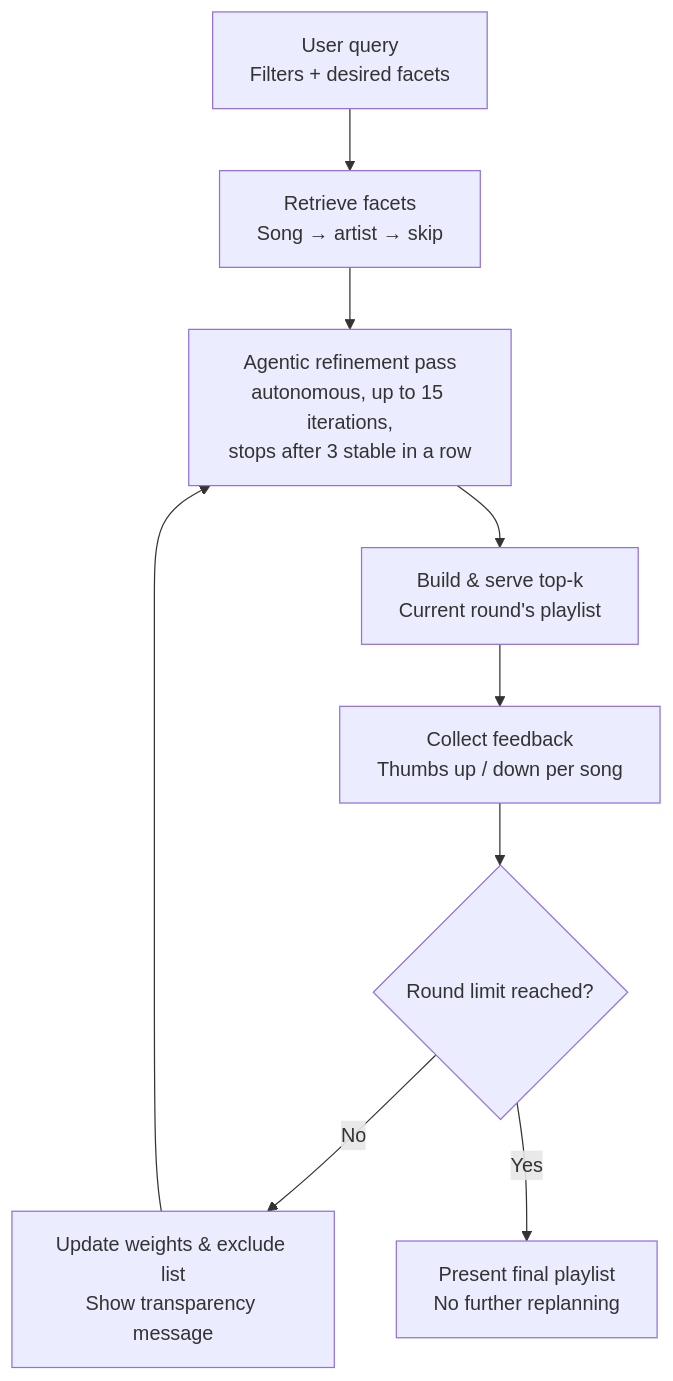
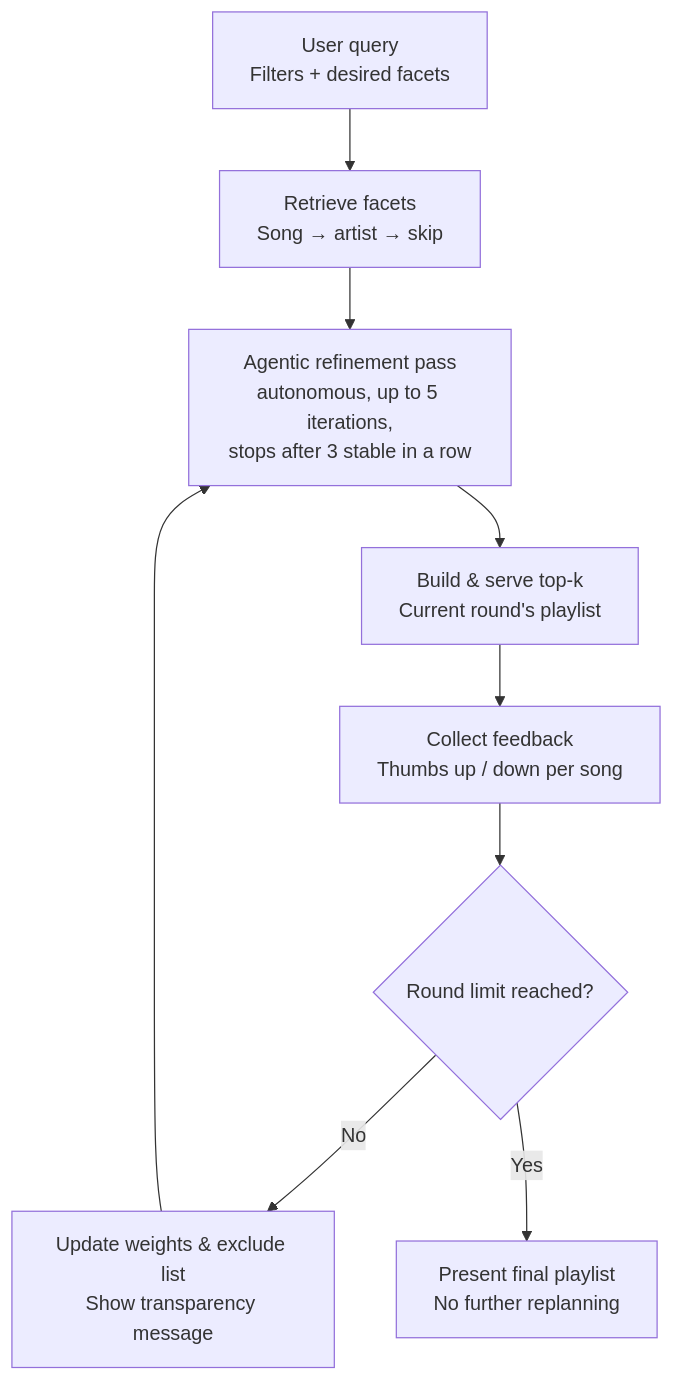
Before and after one commit to matt-skokos/applied-ai-music-recommender-w-agentic-loop: the diagram in assets/diagrams/flow_chart_main_loop_draft.mmd, drawn with Mermaid. The commit also changed 4 other files, not shown here.

```diff
--- a/assets/diagrams/flow_chart_main_loop_draft.mmd
+++ b/assets/diagrams/flow_chart_main_loop_draft.mmd
@@ -1,9 +1,9 @@
 flowchart TD
     A[User query<br/>Filters + desired facets] --> B[Retrieve facets<br/>Song → artist → skip]
-    B --> R[Agentic refinement pass<br/>autonomous, up to 15 iterations,<br/>stops after 3 stable in a row]
+    B --> R[Agentic refinement pass<br/>autonomous, up to 5 iterations,<br/>stops after 3 stable in a row]
     R --> C[Build & serve top-k<br/>Current round's playlist]
     C --> D[Collect feedback<br/>Thumbs up / down per song]
     D --> E{Round limit reached?}
     E -- No --> F[Update weights & exclude list<br/>Show transparency message]
     F --> R
     E -- Yes --> G[Present final playlist<br/>No further replanning]
```
